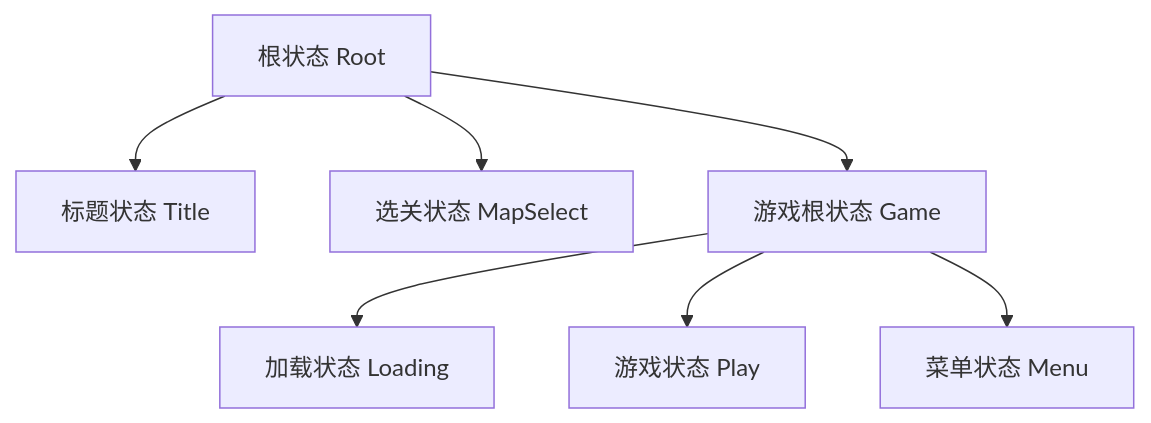
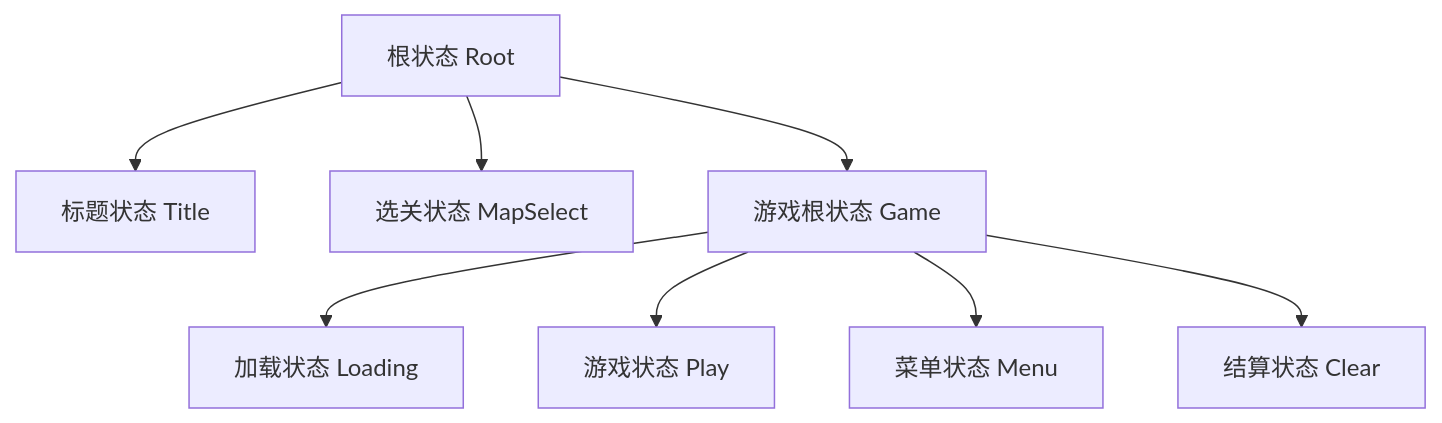
The diagram in README.md (lhh2001/boxman), drawn with Mermaid before and after one commit. The commit also changed other lines of this file and 25 other files, not shown here.

````diff
--- a/README.md
+++ b/README.md
@@ -28,9 +28,10 @@
 ```mermaid
 graph TB
 A[根状态 Root] --> B[标题状态 Title]
 A --> C[选关状态 MapSelect]
 A --> D[游戏根状态 Game]
 D --> E[加载状态 Loading]
 D --> F[游戏状态 Play]
 D --> G[菜单状态 Menu]
+D --> H[结算状态 Clear]
 ```
````
